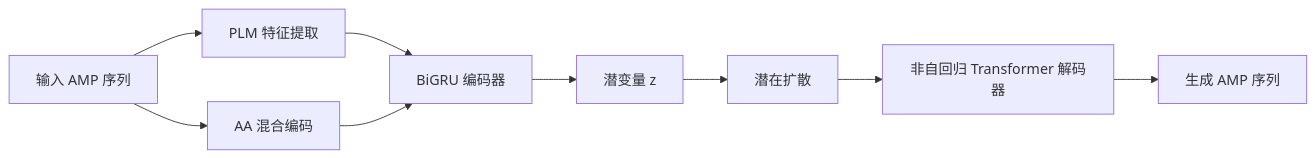
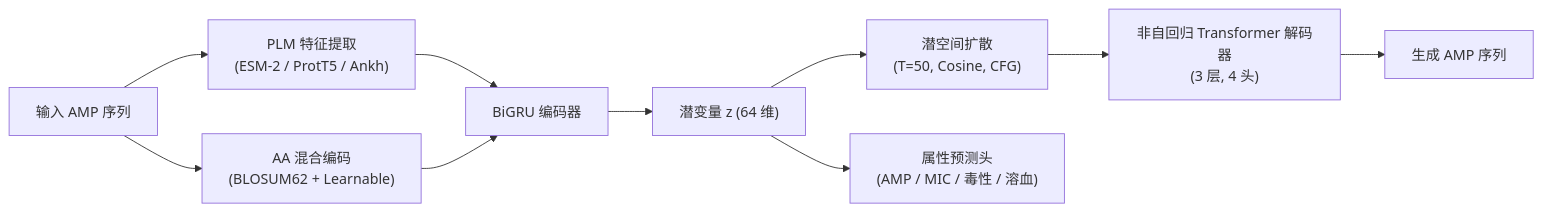
One commit to unumbrela/AMP-Forge changed the diagram in README.zh-CN.md. Above: the diagram before and after it, drawn with Mermaid. The commit also changed other lines of this file and 2 other files, not shown here.

````diff
--- a/README.zh-CN.md
+++ b/README.zh-CN.md
@@ -43,11 +37,12 @@
 ```mermaid
 flowchart LR
-    A[输入 AMP 序列] --> B[PLM 特征提取]
-    A --> C[AA 混合编码]
+    A[输入 AMP 序列] --> B["PLM 特征提取\n(ESM-2 / ProtT5 / Ankh)"]
+    A --> C["AA 混合编码\n(BLOSUM62 + Learnable)"]
     B --> D[BiGRU 编码器]
     C --> D
-    D --> E[潜变量 z]
-    E --> F[潜在扩散]
-    F --> G[非自回归 Transformer 解码器]
+    D --> E["潜变量 z (64 维)"]
+    E --> F["潜空间扩散\n(T=50, Cosine, CFG)"]
+    E --> P["属性预测头\n(AMP / MIC / 毒性 / 溶血)"]
+    F --> G["非自回归 Transformer 解码器\n(3 层, 4 头)"]
     G --> H[生成 AMP 序列]
 ```
````
